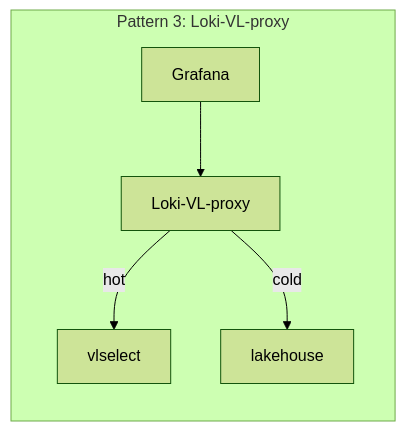
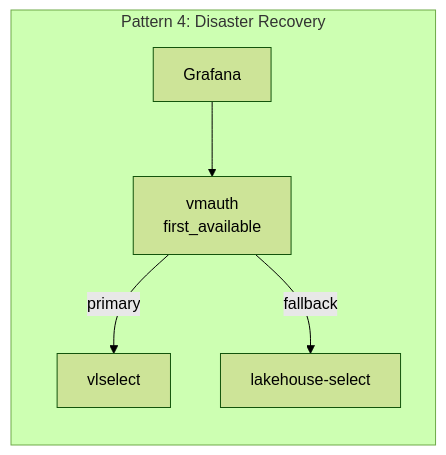
The seventh of 8 diagrams in README.md (ReliablyObserve/victoria-lakehouse), drawn with Mermaid (forest theme) before and after one commit. The commit also changed other lines of this file and 56 other files, not shown here.

First line of the commit message:
feat: Phase A write durability + deployment architecture docs (#11)

````diff
--- a/README.md
+++ b/README.md
@@ -176,8 +213,8 @@
 ```mermaid
 graph LR
-    subgraph "Pattern 3: Loki-VL-proxy"
-        G3["Grafana"] --> LVP["Loki-VL-proxy"]
-        LVP -->|hot| VS3["vlselect"]
-        LVP -->|cold| LH3["lakehouse"]
+    subgraph "Pattern 4: Disaster Recovery"
+        G4["Grafana"] --> VMA["vmauth<br/>first_available"]
+        VMA -->|primary| VS4["vlselect"]
+        VMA -->|fallback| LH4["lakehouse-select"]
     end
 ```
````
